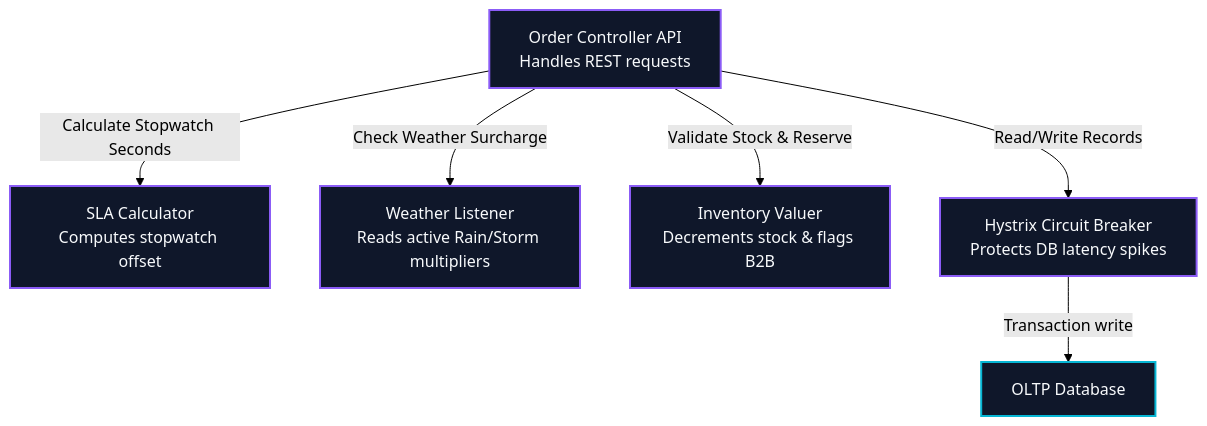
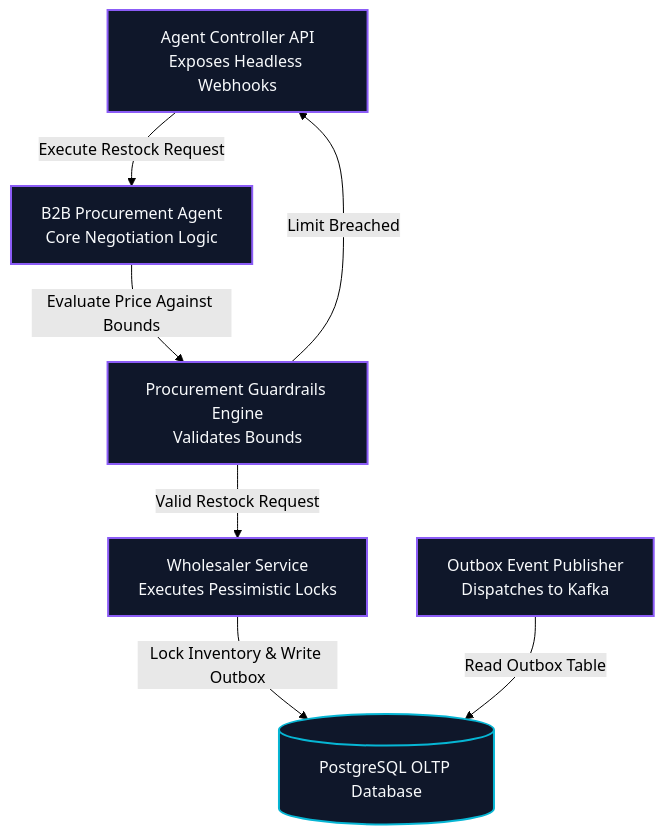
The third of 3 diagrams in high_level_design.md (Muneeb7860/Swish_App), drawn with Mermaid (forest theme) before and after one commit. The commit also changed other lines of this file and 25 other files, not shown here.

````diff
--- a/high_level_design.md
+++ b/high_level_design.md
@@ -195,19 +300,20 @@
 ```mermaid
 graph TB
   classDef component fill:#0f172a,stroke:#8b5cf6,stroke-width:2px,color:#f8fafc;
   classDef store fill:#0f172a,stroke:#06b6d4,stroke-width:2px,color:#f8fafc;
 
-  OrderController[Order Controller API<br>Handles REST requests]:::component
-  SLAEstimator[SLA Calculator<br>Computes stopwatch offset]:::component
-  WeatherSensor[Weather Listener<br>Reads active Rain/Storm multipliers]:::component
-  StockManager[Inventory Valuer<br>Decrements stock & flags B2B]:::component
-  CircuitBreaker[Hystrix Circuit Breaker<br>Protects DB latency spikes]:::component
+  AgentController[Agent Controller API<br>Exposes Headless Webhooks]:::component
+  ProcAgent[B2B Procurement Agent<br>Core Negotiation Logic]:::component
+  Guardrails[Procurement Guardrails Engine<br>Validates Bounds]:::component
+  WholesalerSrv[Wholesaler Service<br>Executes Pessimistic Locks]:::component
+  OutboxPublisher[Outbox Event Publisher<br>Dispatches to Kafka]:::component
 
-  OLTP[OLTP Database]:::store
+  Postgres[(PostgreSQL OLTP Database)]:::store
 
-  OrderController -->|Check Weather Surcharge| WeatherSensor
-  OrderController -->|Calculate Stopwatch Seconds| SLAEstimator
-  OrderController -->|Validate Stock & Reserve| StockManager
-  OrderController -->|Read/Write Records| CircuitBreaker
-  CircuitBreaker -->|Transaction write| OLTP
+  AgentController -->|Execute Restock Request| ProcAgent
+  ProcAgent -->|Evaluate Price Against Bounds| Guardrails
+  Guardrails -->|Valid Restock Request| WholesalerSrv
+  Guardrails -->|Limit Breached| AgentController
+  WholesalerSrv -->|Lock Inventory & Write Outbox| Postgres
+  OutboxPublisher -->|Read Outbox Table| Postgres
 ```
````
